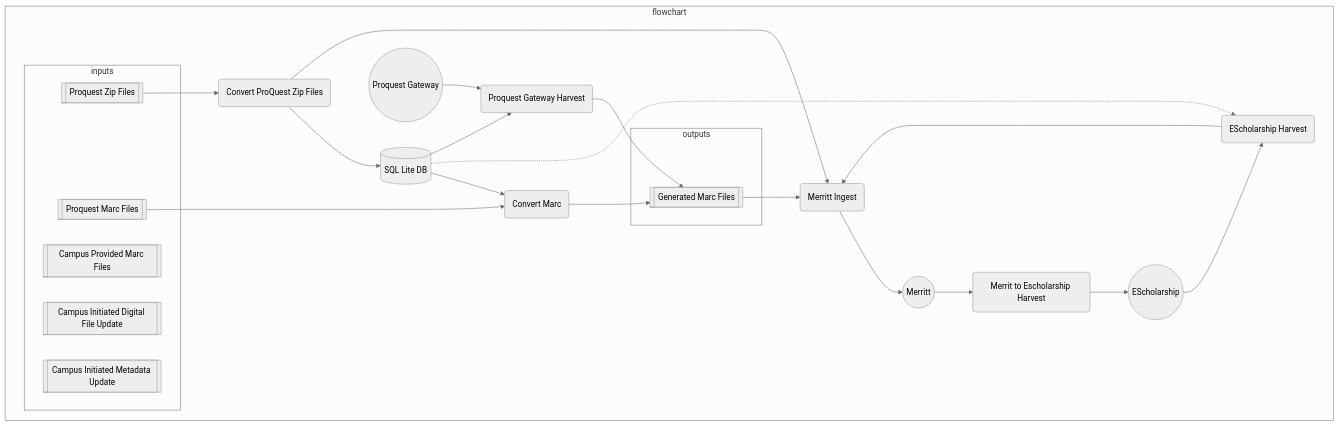
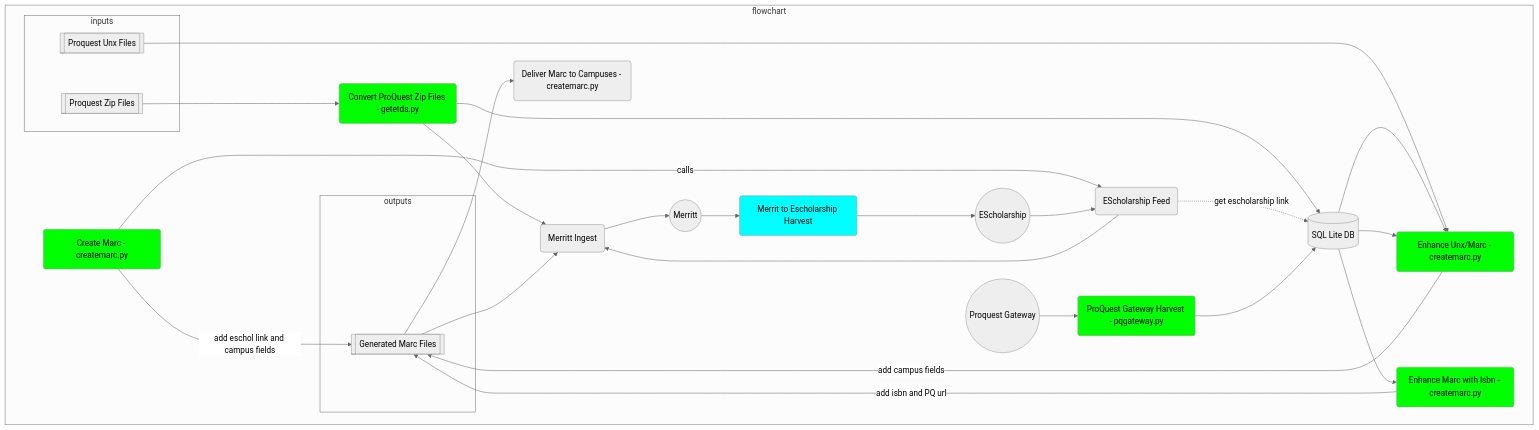
Before and after one commit to CDLUC3/mrt-doc: the diagram in diagrams/etd.mmd, drawn with Mermaid. The commit also changed 1 other file, not shown here.

```diff
--- a/diagrams/etd.mmd
+++ b/diagrams/etd.mmd
@@ -1,44 +1,56 @@
 %%{init: {'theme': 'neutral'}}%%
 graph TD
   subgraph flowchart
     subgraph inputs
       PQZIP[[Proquest Zip Files]]
-      PQMARC[[Proquest Marc Files]]
-      MARCIN[[Campus Provided Marc Files]]
-      DIGIN[[Campus Initiated Digital File Update]]
-      METAIN[[Campus Initiated Metadata Update]]
+      PQMARC[[Proquest Unx Files]]
     end
     subgraph outputs
       MARC[[Generated Marc Files]]
     end
 
-    CONVPQ(Convert ProQuest Zip Files)
-    CONVM(Convert Marc)
+    CONVPQ(Convert ProQuest Zip Files - getetds.py)
+    CONVM(Enhance Unx/Marc - createmarc.py)
     DB[(SQL Lite DB)]
     MI(Merritt Ingest)
     M((Merritt))
-    EH(EScholarship Harvest)
+    CM(Create Marc - createmarc.py)
+    PQH(ProQuest Gateway Harvest - pqgateway.py)
+    EMPQ(Enhance Marc with Isbn - createmarc.py)
+    EH(EScholarship Feed)
     E((EScholarship))
     PQG((Proquest Gateway))
-    PQGH(Proquest Gateway Harvest)
     M2E(Merrit to Escholarship Harvest)
+    DELM(Deliver Marc to Campuses - createmarc.py)
 
     PQZIP --> CONVPQ
     CONVPQ --> DB
     CONVPQ --> MI
     PQMARC --> CONVM
     DB --> CONVM
-    CONVM --> MARC
+    DB --> EMPQ
+    DB --> CONVM
+    CONVM --> |add campus fields| MARC
     MARC --> MI
     MI --> M
+    CM --> |calls| EH
+    CM --> |add eschol link and campus fields| MARC
+    EMPQ --> |add isbn and PQ url| MARC
 
     M --> M2E
     M2E --> E
     E --> EH
-    DB -.-> EH
+    EH -.-> |get escholarship link| DB
     EH --> MI
 
-    PQG --> PQGH
-    DB --> PQGH
-    PQGH --> MARC
+    PQG --> PQH
+    PQH --> DB
+    MARC --> DELM
+
+    style EMPQ fill:lime
+    style CM fill:lime
+    style CONVM fill:lime
+    style CONVPQ fill:lime
+    style PQH fill:lime
+    style M2E fill:cyan
   end
```
